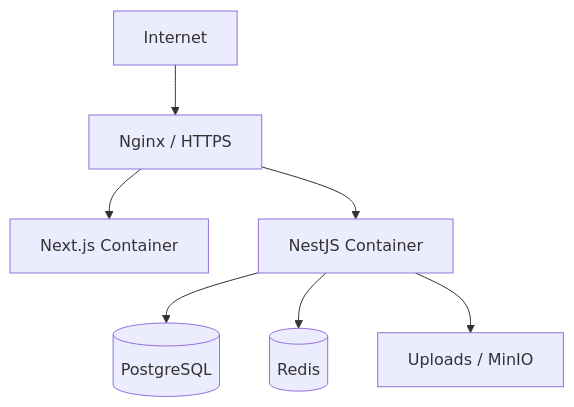
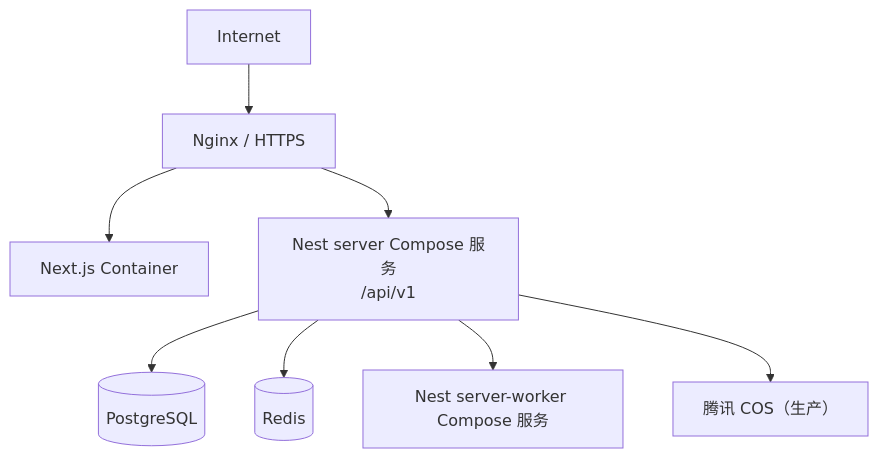
One commit to orangejava/personal-hub changed the tenth of 10 diagrams in docs/foundation/architecture.md. Above: the diagram before and after it, drawn with Mermaid. The commit also changed other lines of this file and 47 other files, not shown here.

````diff
--- a/docs/foundation/architecture.md
+++ b/docs/foundation/architecture.md
@@ -268,10 +271,11 @@
 ```mermaid
 flowchart TD
     Internet["Internet"]
     Internet --> Nginx["Nginx / HTTPS"]
     Nginx --> Web["Next.js Container"]
-    Nginx --> Api["NestJS Container"]
+    Nginx --> Api["Nest server Compose 服务<br/>/api/v1"]
     Api --> Db[("PostgreSQL")]
     Api --> Redis[("Redis")]
-    Api --> Uploads["Uploads / MinIO"]
+    Api --> Worker["Nest server-worker Compose 服务"]
+    Api --> Uploads["腾讯 COS（生产）"]
 ```
````
